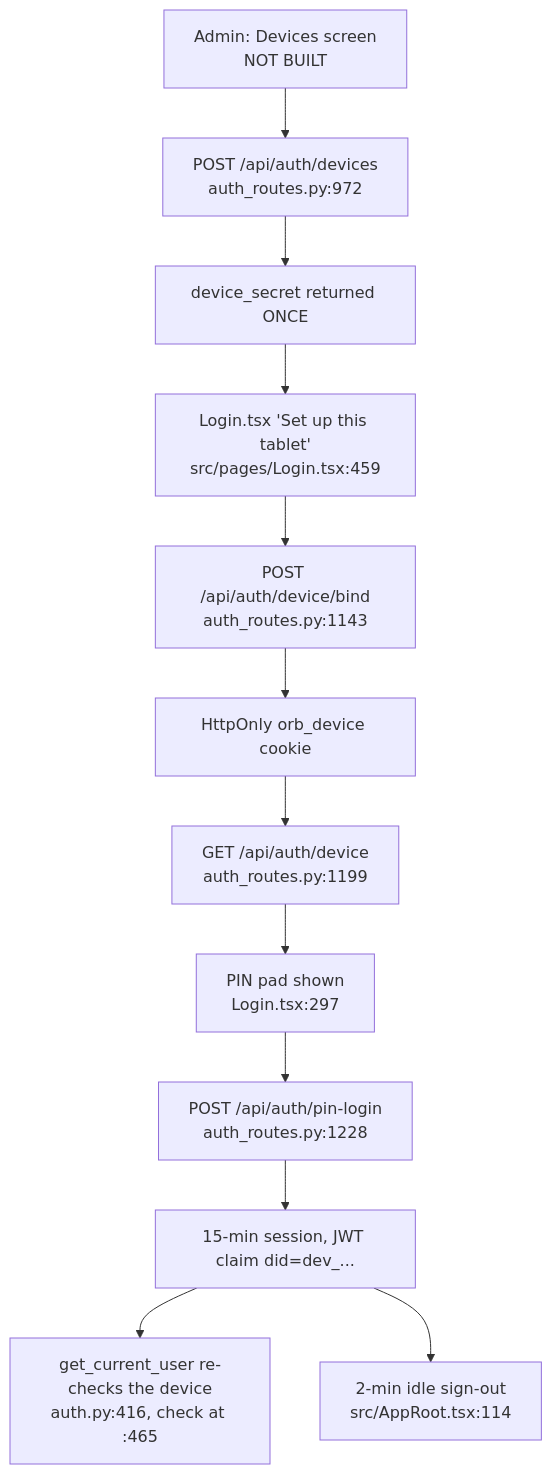
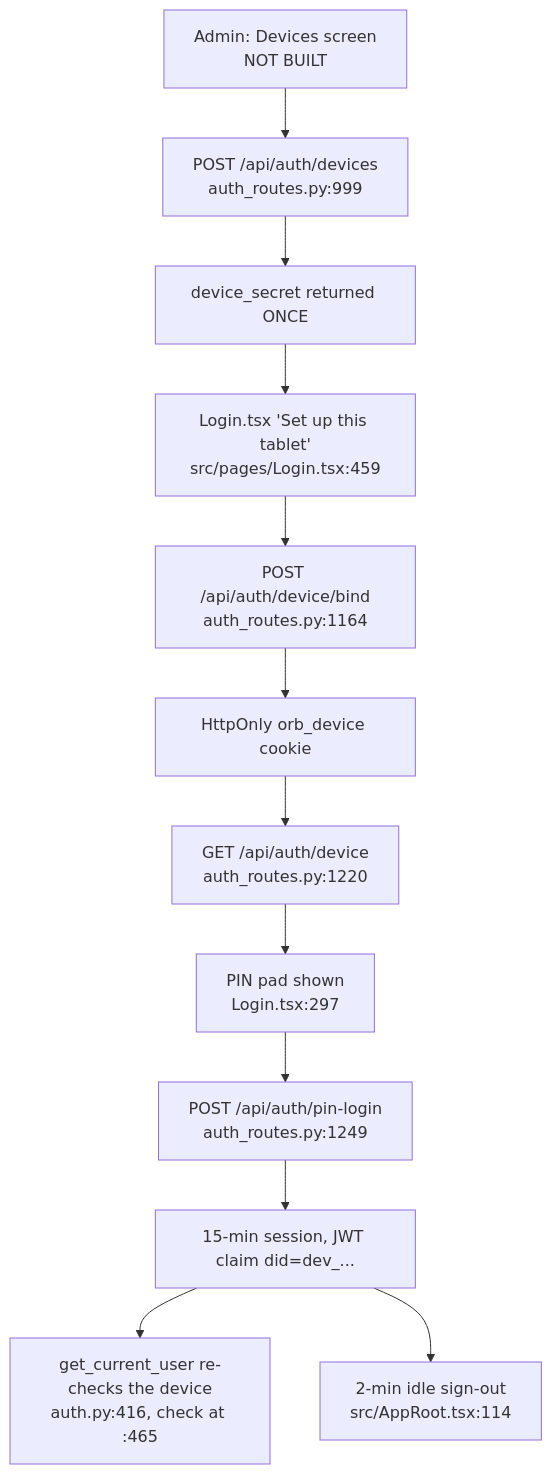
The first of 2 diagrams in docs/guide/33-pin-on-device-identity.md (samuelmorningstar23/Orb), drawn with Mermaid before and after one commit. The commit also changed other lines of this file and 183 other files, not shown here.

````diff
--- a/docs/guide/33-pin-on-device-identity.md
+++ b/docs/guide/33-pin-on-device-identity.md
@@ -33,14 +33,14 @@
 ```mermaid
 graph TD
-  ADMIN[Admin: Devices screen<br/>NOT BUILT] --> ENROLL[POST /api/auth/devices<br/>auth_routes.py:972]
+  ADMIN[Admin: Devices screen<br/>NOT BUILT] --> ENROLL[POST /api/auth/devices<br/>auth_routes.py:999]
   ENROLL --> SECRET[device_secret returned ONCE]
   SECRET --> SETUP[Login.tsx 'Set up this tablet'<br/>src/pages/Login.tsx:459]
-  SETUP --> BIND[POST /api/auth/device/bind<br/>auth_routes.py:1143]
+  SETUP --> BIND[POST /api/auth/device/bind<br/>auth_routes.py:1164]
   BIND --> COOKIE[HttpOnly orb_device cookie]
-  COOKIE --> STATUS[GET /api/auth/device<br/>auth_routes.py:1199]
+  COOKIE --> STATUS[GET /api/auth/device<br/>auth_routes.py:1220]
   STATUS --> PINPAD[PIN pad shown<br/>Login.tsx:297]
-  PINPAD --> PINLOGIN[POST /api/auth/pin-login<br/>auth_routes.py:1228]
+  PINPAD --> PINLOGIN[POST /api/auth/pin-login<br/>auth_routes.py:1249]
   PINLOGIN --> SESSION[15-min session, JWT claim did=dev_...]
   SESSION --> RECHECK[get_current_user re-checks the device<br/>auth.py:416, check at :465]
   SESSION --> IDLE[2-min idle sign-out<br/>src/AppRoot.tsx:114]
 ```
````
